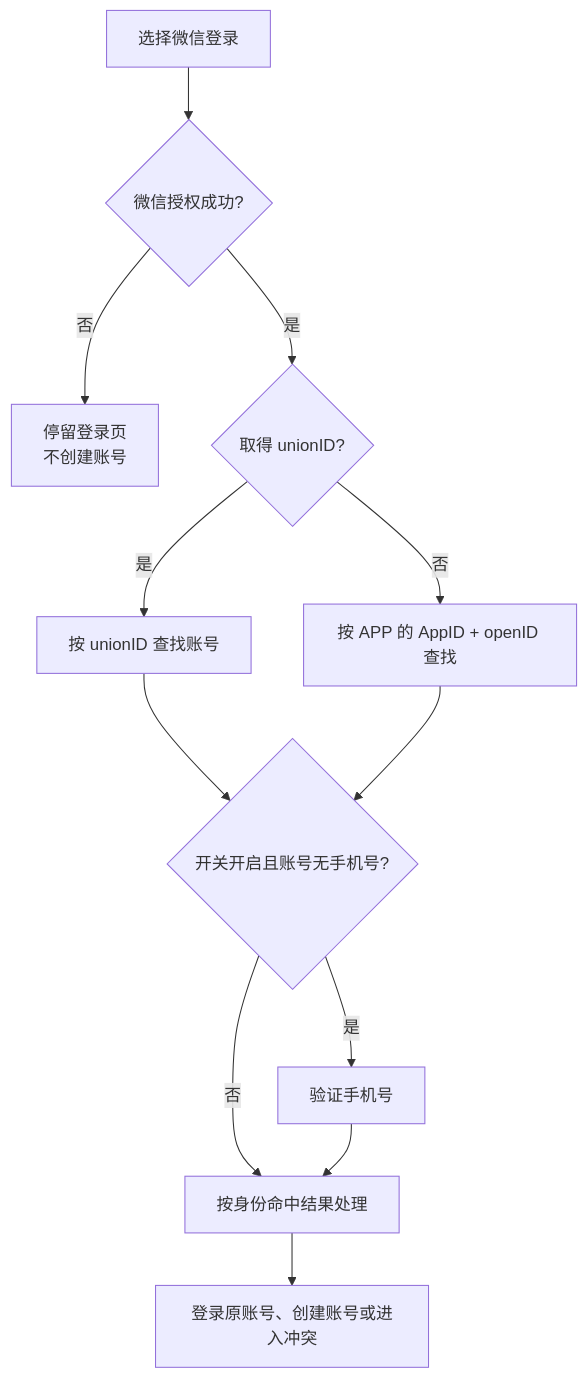
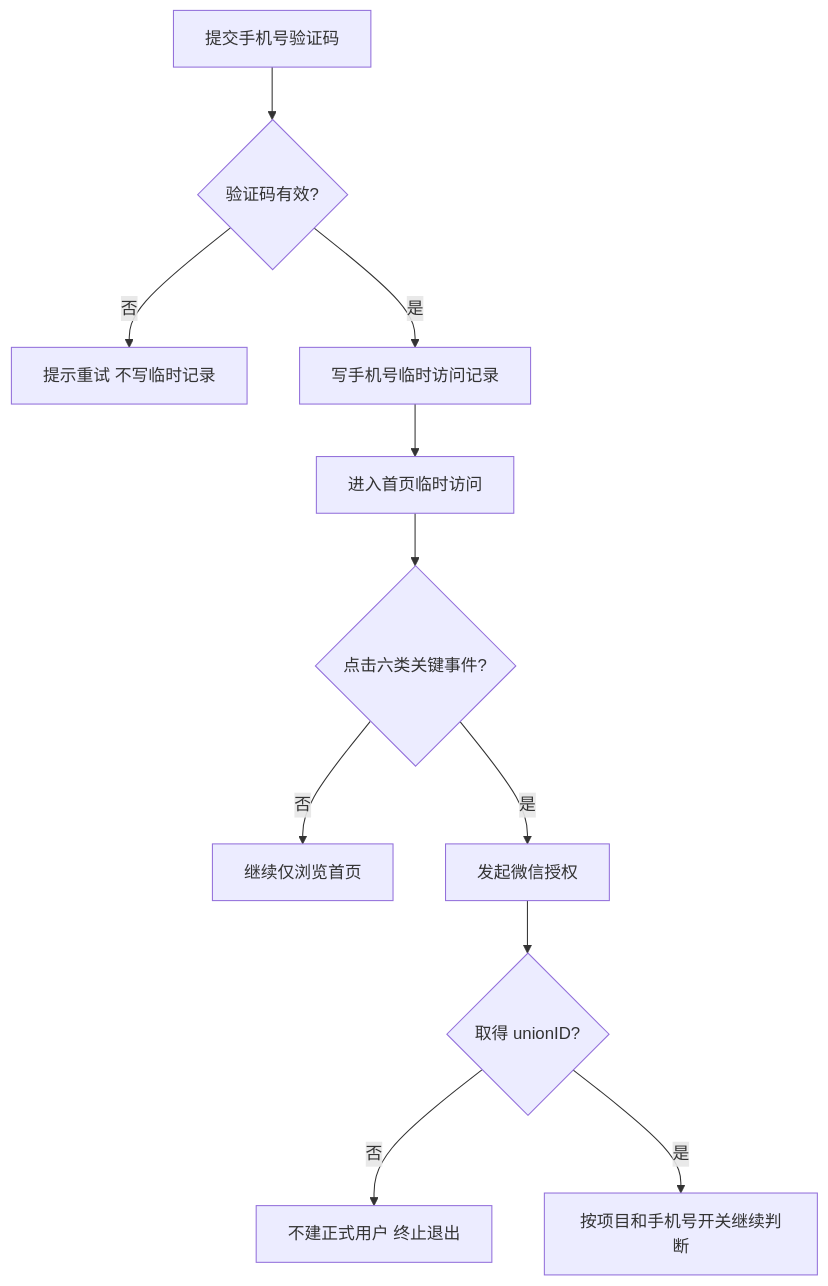
The diagram in UnionID登录重构-需求说明.md (eltonliz/unionid-login-refactor), drawn with Mermaid before and after one commit. The commit also changed other lines of this file and 3 other files, not shown here.

First line of the commit message:
V5.1：流程图只保留本期可执行结果

````diff
--- a/UnionID登录重构-需求说明.md
+++ b/UnionID登录重构-需求说明.md
@@ -65,14 +38,13 @@
 ```mermaid
 flowchart TD
-    A[选择微信登录] --> B{微信授权成功?}
-    B -- 否 --> Z[停留登录页<br/>不创建账号]
-    B -- 是 --> C{取得 unionID?}
-    C -- 是 --> D[按 unionID 查找账号]
-    C -- 否 --> E[按 APP 的 AppID + openID 查找]
-    D --> F{开关开启且账号无手机号?}
-    E --> F
-    F -- 是 --> G[验证手机号]
-    F -- 否 --> H[按身份命中结果处理]
-    G --> H
-    H --> I[登录原账号、创建账号或进入冲突]
+  A[提交手机号验证码] --> B{验证码有效?}
+  B -- 否 --> X[提示重试 不写临时记录]
+  B -- 是 --> C[写手机号临时访问记录]
+  C --> D[进入首页临时访问]
+  D --> E{点击六类关键事件?}
+  E -- 否 --> F[继续仅浏览首页]
+  E -- 是 --> G[发起微信授权]
+  G --> H{取得 unionID?}
+  H -- 否 --> I[不建正式用户 终止退出]
+  H -- 是 --> J[按项目和手机号开关继续判断]
 ```
````
